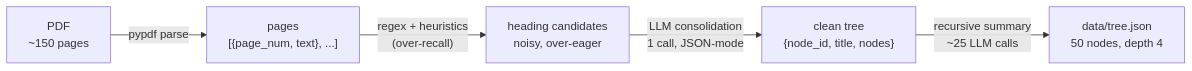
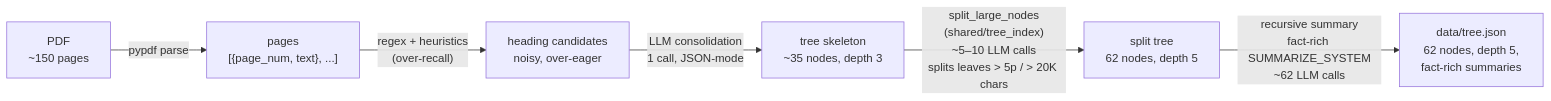
Before and after one commit to shaneliuyx/agent-development-curriculum: the third of 6 diagrams in Week 2.7 - Structure-Aware RAG.md, drawn with Mermaid.

Commit message:
docs(week-2-7): fix Phase 2 architecture mermaid — add split_large_nodes step + post-opt counts [simplified]
Skipping simplifier per CLAUDE.md skip-list (documentation-only).

Phase 2 architecture mermaid was stale — missing the split_large_nodes
step that the actual code calls between tree-builder LLM and summary
pass. Counts also reflected pre-optimization state (50 nodes / depth 4 /
~25 summary calls) instead of post-optimization (62 nodes / depth 5 /
~62 summary calls).

Diagram now shows the 4-stage pipeline:
1. PDF -> pages (pypdf parse)
2. heading candidates (regex + heuristics, over-recall)
3. tree skeleton (LLM consolidation, ~35 nodes / depth 3)
4. split tree (split_large_nodes, ~5-10 calls, splits leaves > 5p / > 20K
   chars, output 62 nodes / depth 5)
5. final tree.json (recursive fact-rich summary, ~62 calls, depth 5)

This matches the [1/5]-[5/5] main() pipeline in the code block + the
walkthrough Block 5 description + the bash invocation example.

Closes the diagram-vs-code drift introduced when split_large_nodes was
added in the PageIndex optimization run but the architecture mermaid
wasn't updated alongside.

````diff
--- a/Week 2.7 - Structure-Aware RAG.md
+++ b/Week 2.7 - Structure-Aware RAG.md
@@ -282,7 +282,8 @@
 ```mermaid
 flowchart LR
   PDF["PDF<br/>~150 pages"] -->|pypdf parse| Pages["pages<br/>[{page_num, text}, ...]"]
   Pages -->|"regex + heuristics<br/>(over-recall)"| Cands["heading candidates<br/>noisy, over-eager"]
-  Cands -->|LLM consolidation<br/>1 call, JSON-mode| Tree["clean tree<br/>{node_id, title, nodes}"]
-  Tree -->|recursive summary<br/>~25 LLM calls| Final["data/tree.json<br/>50 nodes, depth 4"]
+  Cands -->|LLM consolidation<br/>1 call, JSON-mode| Skel["tree skeleton<br/>~35 nodes, depth 3"]
+  Skel -->|"split_large_nodes<br/>(shared/tree_index)<br/>~5–10 LLM calls<br/>splits leaves > 5p / > 20K chars"| Split["split tree<br/>62 nodes, depth 5"]
+  Split -->|"recursive summary<br/>fact-rich SUMMARIZE_SYSTEM<br/>~62 LLM calls"| Final["data/tree.json<br/>62 nodes, depth 5,<br/>fact-rich summaries"]
 ```
````
